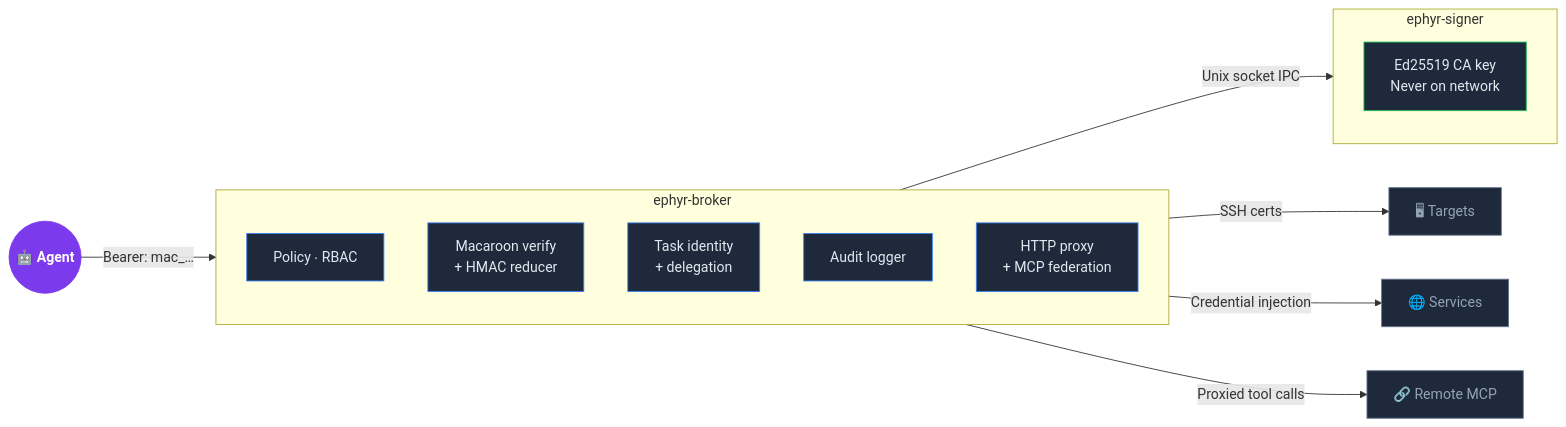
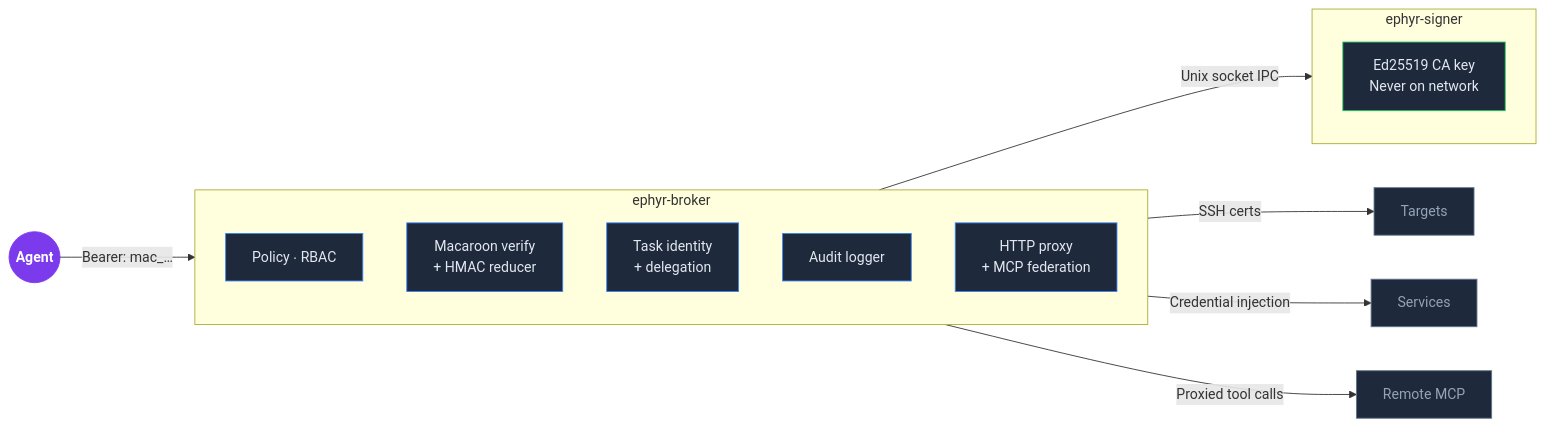
The diagram in README.md (EphyrAI/Ephyr), drawn with Mermaid before and after one commit. The commit also changed other lines of this file and 3 other files, not shown here.

First line of the commit message:
Add ASCII text toggles for all diagrams, remove emojis

````diff
--- a/README.md
+++ b/README.md
@@ -32,31 +32,31 @@
 ```mermaid
 graph LR
-    Agent(("🤖 Agent")):::agent
+    Agent(("Agent")):::agent
 
     Agent -- "Bearer: mac_…" --> Broker
 
     subgraph Broker [" ephyr-broker "]
         direction TB
         Policy["Policy ∙ RBAC"]:::core
         Macaroon["Macaroon verify\n+ HMAC reducer"]:::core
         TaskID["Task identity\n+ delegation"]:::core
         Audit["Audit logger"]:::core
         Proxy["HTTP proxy\n+ MCP federation"]:::core
     end
 
     Broker -- "Unix socket IPC" --> Signer
 
     subgraph Signer [" ephyr-signer "]
         direction TB
         CA["Ed25519 CA key\nNever on network"]:::signer
     end
 
-    Broker -- "SSH certs" --> T["🖥 Targets"]:::downstream
-    Broker -- "Credential injection" --> S["🌐 Services"]:::downstream
-    Broker -- "Proxied tool calls" --> R["🔗 Remote MCP"]:::downstream
+    Broker -- "SSH certs" --> T["Targets"]:::downstream
+    Broker -- "Credential injection" --> S["Services"]:::downstream
+    Broker -- "Proxied tool calls" --> R["Remote MCP"]:::downstream
 
     classDef agent fill:#7c3aed,stroke:#7c3aed,color:#fff,font-weight:bold
     classDef core fill:#1e293b,stroke:#3b82f6,color:#e2e8f0
     classDef signer fill:#1e293b,stroke:#22c55e,color:#e2e8f0
     classDef downstream fill:#1e293b,stroke:#64748b,color:#94a3b8
 ```
````
